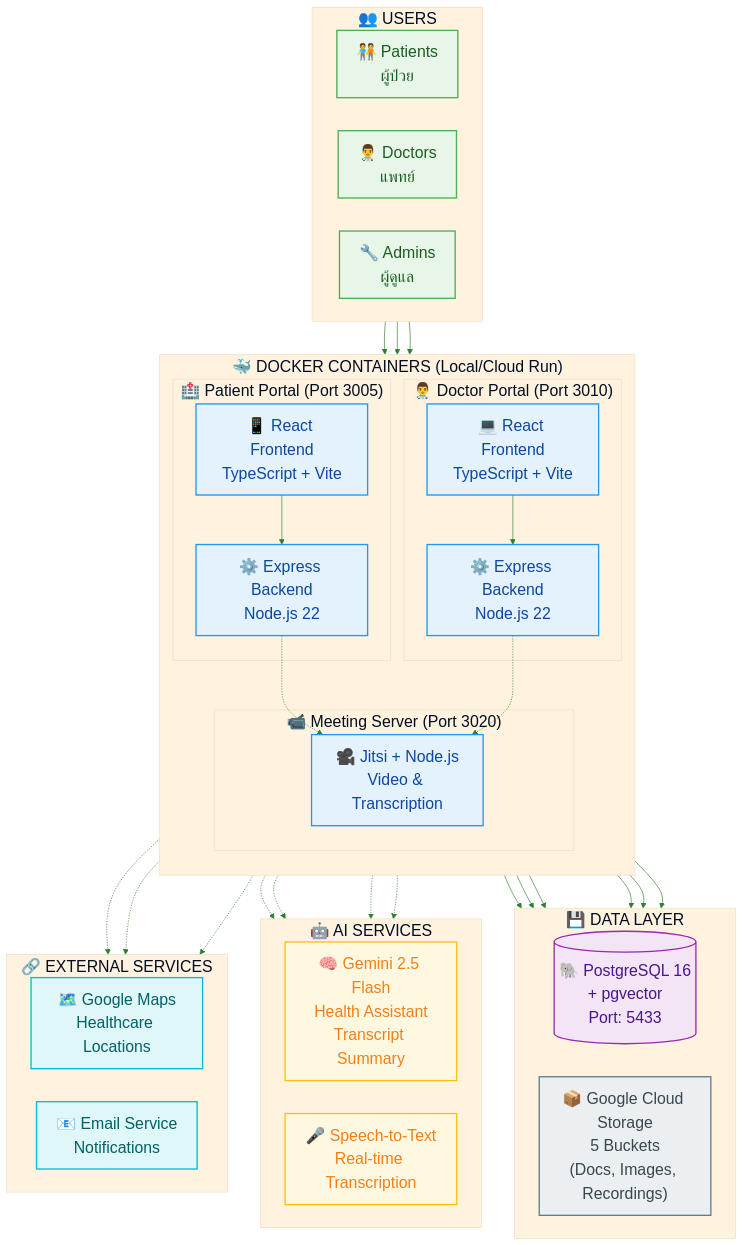
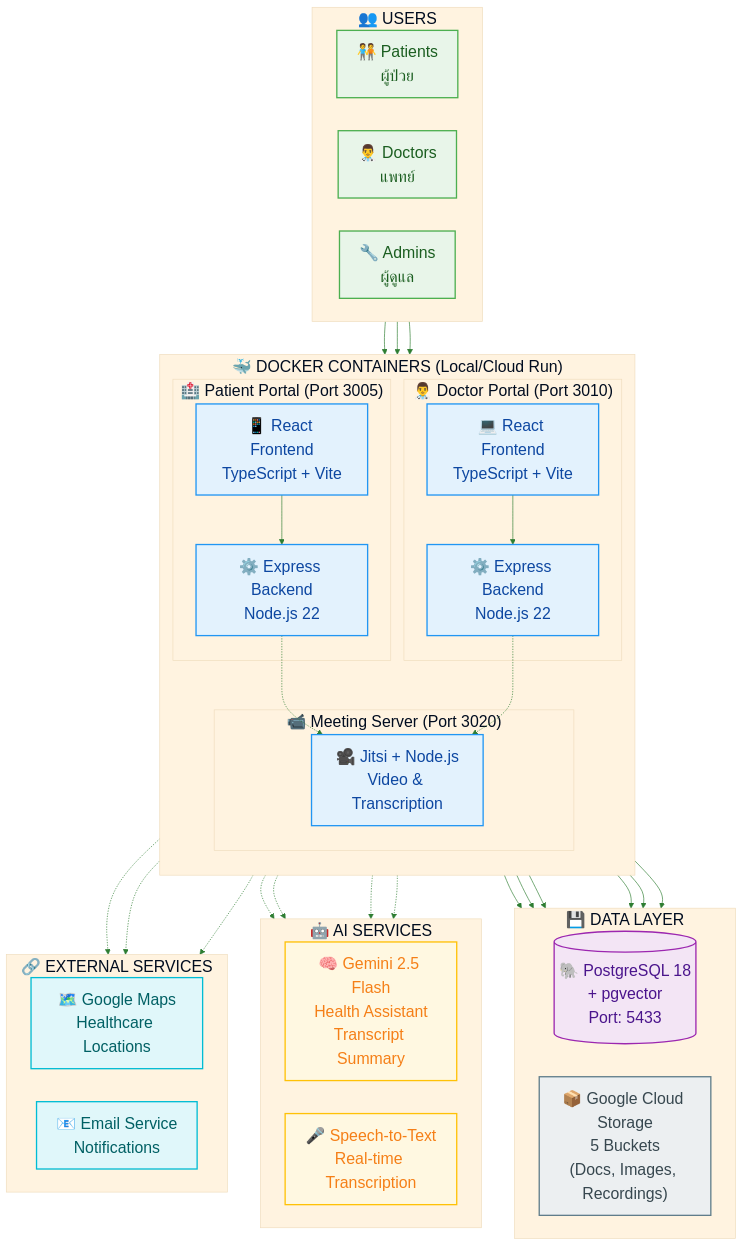
The diagram in Presentations/diagrams/01-system-architecture.mmd (chiraleo2000/Isara-Anywhere), drawn with Mermaid before and after one commit. The commit also changed 507 other files, not shown here.

```diff
--- a/Presentations/diagrams/01-system-architecture.mmd
+++ b/Presentations/diagrams/01-system-architecture.mmd
@@ -1,102 +1,102 @@
 %%{init: {
   'theme': 'base',
   'themeVariables': {
     'primaryColor': '#E8F5E9',
     'primaryTextColor': '#1B5E20',
     'primaryBorderColor': '#4CAF50',
     'lineColor': '#2E7D32',
     'secondaryColor': '#E3F2FD',
     'tertiaryColor': '#FFF3E0',
     'fontSize': '24px',
     'fontFamily': 'Segoe UI, Arial'
   }
 }}%%
 
 flowchart TB
     subgraph USERS["👥 USERS"]
         direction LR
         P["🧑‍🤝‍🧑 Patients<br/>ผู้ป่วย"]
         D["👨‍⚕️ Doctors<br/>แพทย์"]
         A["🔧 Admins<br/>ผู้ดูแล"]
     end
 
     subgraph CONTAINERS["🐳 DOCKER CONTAINERS (Local/Cloud Run)"]
         direction TB
         subgraph PP_CONT["🏥 Patient Portal (Port 3005)"]
             PP_FE["📱 React Frontend<br/>TypeScript + Vite"]
             PP_BE["⚙️ Express Backend<br/>Node.js 22"]
         end
         subgraph DP_CONT["👨‍⚕️ Doctor Portal (Port 3010)"]
             DP_FE["💻 React Frontend<br/>TypeScript + Vite"]
             DP_BE["⚙️ Express Backend<br/>Node.js 22"]
         end
         subgraph MS_CONT["📹 Meeting Server (Port 3020)"]
             MS["🎥 Jitsi + Node.js<br/>Video & Transcription"]
         end
     end
 
     subgraph DATA_LAYER["💾 DATA LAYER"]
         direction LR
-        POSTGRES[("🐘 PostgreSQL 16<br/>+ pgvector<br/>Port: 5433")]
+        POSTGRES[("🐘 PostgreSQL 18<br/>+ pgvector<br/>Port: 5433")]
         GCS["📦 Google Cloud Storage<br/>5 Buckets<br/>(Docs, Images, Recordings)"]
     end
 
     subgraph AI_SERVICES["🤖 AI SERVICES"]
         direction LR
         GEMINI["🧠 Gemini 2.5 Flash<br/>Health Assistant<br/>Transcript Summary"]
         STT["🎤 Speech-to-Text<br/>Real-time Transcription"]
     end
 
     subgraph EXTERNAL["🔗 EXTERNAL SERVICES"]
         direction LR
         MAPS["🗺️ Google Maps<br/>Healthcare Locations"]
         EMAIL["📧 Email Service<br/>Notifications"]
     end
 
     %% User connections
     P --> PP_FE
     D --> DP_FE
     A --> DP_FE
 
     %% Frontend to Backend
     PP_FE --> PP_BE
     DP_FE --> DP_BE
 
     %% Backend to Database
     PP_BE --> POSTGRES
     DP_BE --> POSTGRES
     MS --> POSTGRES
 
     %% Backend to Storage
     PP_BE --> GCS
     DP_BE --> GCS
     MS --> GCS
 
     %% Backend to AI
     PP_BE -.-> GEMINI
     DP_BE -.-> GEMINI
     MS -.-> STT
     MS -.-> GEMINI
 
     %% Backend to External
     PP_BE -.-> MAPS
     PP_BE -.-> EMAIL
     DP_BE -.-> EMAIL
 
     %% Portal to Meeting Server
     PP_BE -.-> MS
     DP_BE -.-> MS
 
     classDef userStyle fill:#E8F5E9,stroke:#4CAF50,stroke-width:2px,color:#1B5E20
     classDef containerStyle fill:#E3F2FD,stroke:#2196F3,stroke-width:2px,color:#0D47A1
     classDef dbStyle fill:#F3E5F5,stroke:#9C27B0,stroke-width:2px,color:#4A148C
     classDef storageStyle fill:#ECEFF1,stroke:#607D8B,stroke-width:2px,color:#37474F
     classDef aiStyle fill:#FFF8E1,stroke:#FFC107,stroke-width:2px,color:#F57F17
     classDef serviceStyle fill:#E0F7FA,stroke:#00BCD4,stroke-width:2px,color:#006064
 
     class P,D,A userStyle
     class PP_FE,PP_BE,DP_FE,DP_BE,MS containerStyle
     class POSTGRES dbStyle
     class GCS storageStyle
     class GEMINI,STT aiStyle
     class MAPS,EMAIL serviceStyle
```
